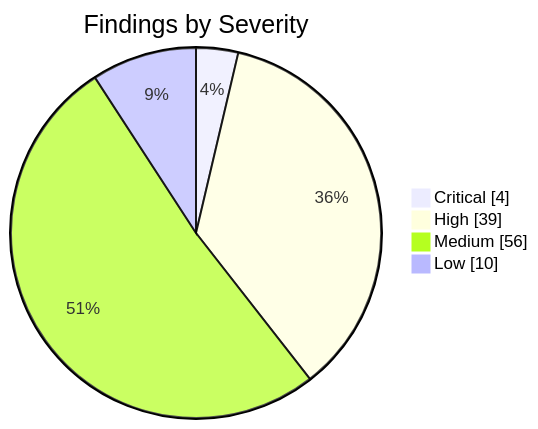
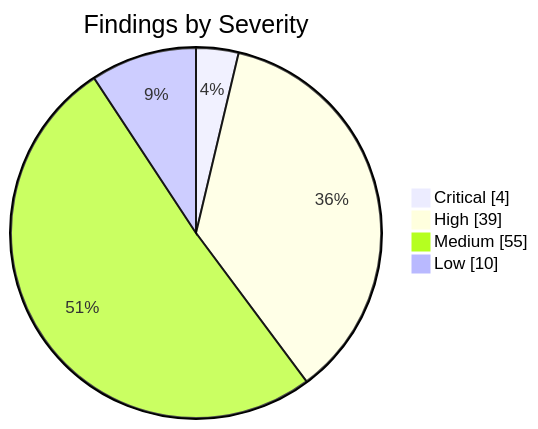
One commit to KBVE/kbve changed the first of 2 diagrams in apps/kbve/astro-kbve/src/content/docs/dashboard/security.mdx. Above: the diagram before and after it, drawn with Mermaid. The commit also changed other lines of this file and 1 other file, not shown here.

````diff
--- a/apps/kbve/astro-kbve/src/content/docs/dashboard/security.mdx
+++ b/apps/kbve/astro-kbve/src/content/docs/dashboard/security.mdx
@@ -148,8 +148,8 @@
 ```mermaid
 pie showData
     title Findings by Severity
     "Critical" : 4
     "High" : 39
-    "Medium" : 56
+    "Medium" : 55
     "Low" : 10
 ```
````
